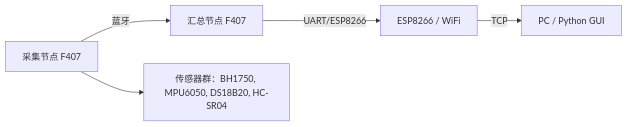
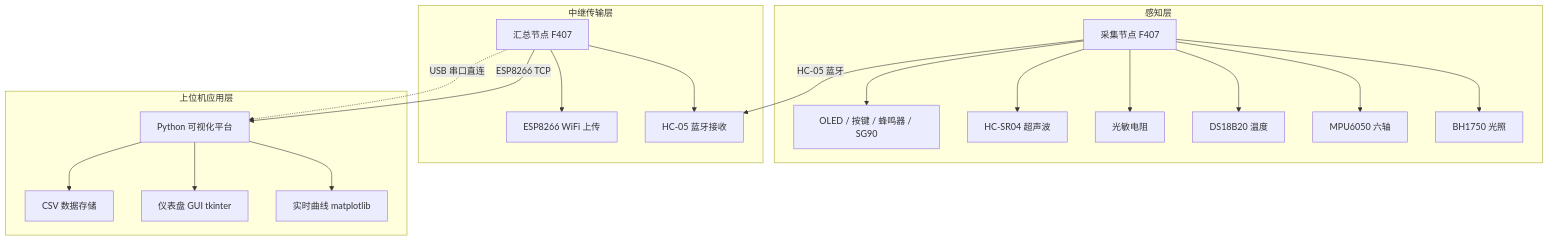
The first of 2 diagrams in README.md (rqsgz/STM32), drawn with Mermaid before and after one commit. The commit also changed other lines of this file, not shown here.

````diff
--- a/README.md
+++ b/README.md
@@ -101,7 +58,33 @@
 ```mermaid
-flowchart LR
-  A[采集节点 F407] -- 蓝牙 --> B[汇总节点 F407]
-  B -- UART/ESP8266 --> C[ESP8266 / WiFi]
-  C -- TCP --> D[PC / Python GUI]
-  A --> Sensors[传感器群：BH1750, MPU6050, DS18B20, HC-SR04]
+graph TD
+    subgraph 感知层
+        A[采集节点 F407]
+        A1[BH1750 光照]
+        A2[MPU6050 六轴]
+        A3[DS18B20 温度]
+        A4[光敏电阻]
+        A5[HC-SR04 超声波]
+        A6[OLED / 按键 / 蜂鸣器 / SG90]
+        A --> A1 & A2 & A3 & A4 & A5
+        A --> A6
+    end
+
+    subgraph 中继传输层
+        B[汇总节点 F407]
+        B1[HC-05 蓝牙接收]
+        B2[ESP8266 WiFi 上传]
+        B --> B1 & B2
+    end
+
+    subgraph 上位机应用层
+        C[Python 可视化平台]
+        C1[实时曲线 matplotlib]
+        C2[仪表盘 GUI tkinter]
+        C3[CSV 数据存储]
+        C --> C1 & C2 & C3
+    end
+
+    A -- HC-05 蓝牙 --> B1
+    B -- ESP8266 TCP --> C
+    B -. USB 串口直连 .-> C
 ```
````
